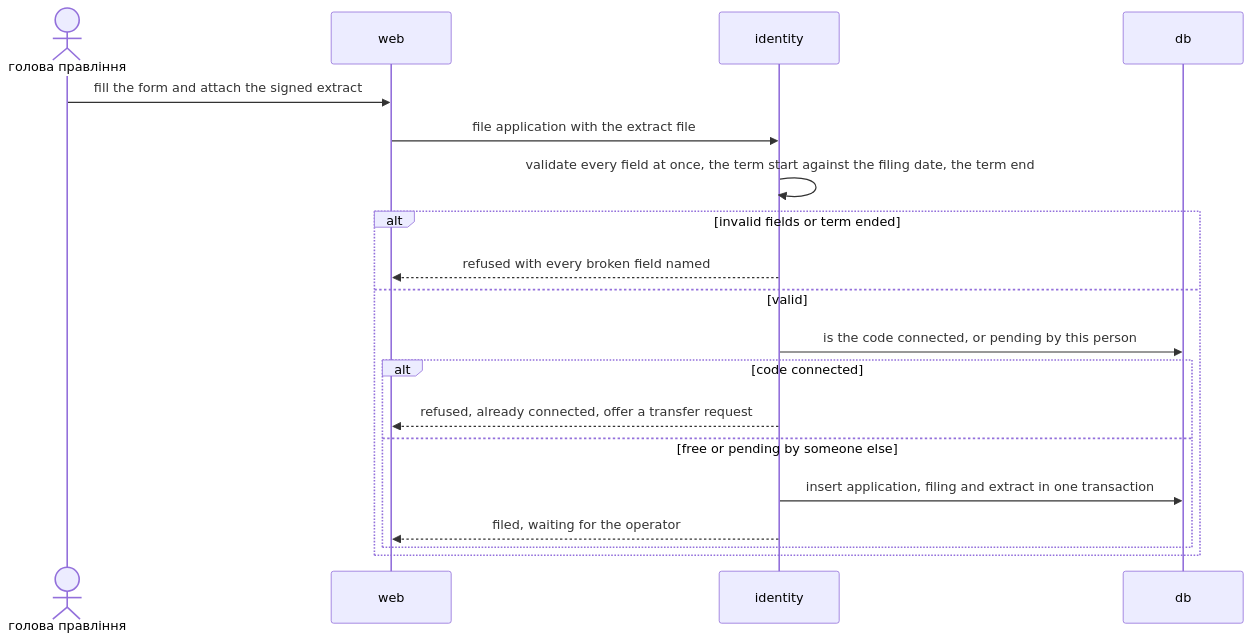
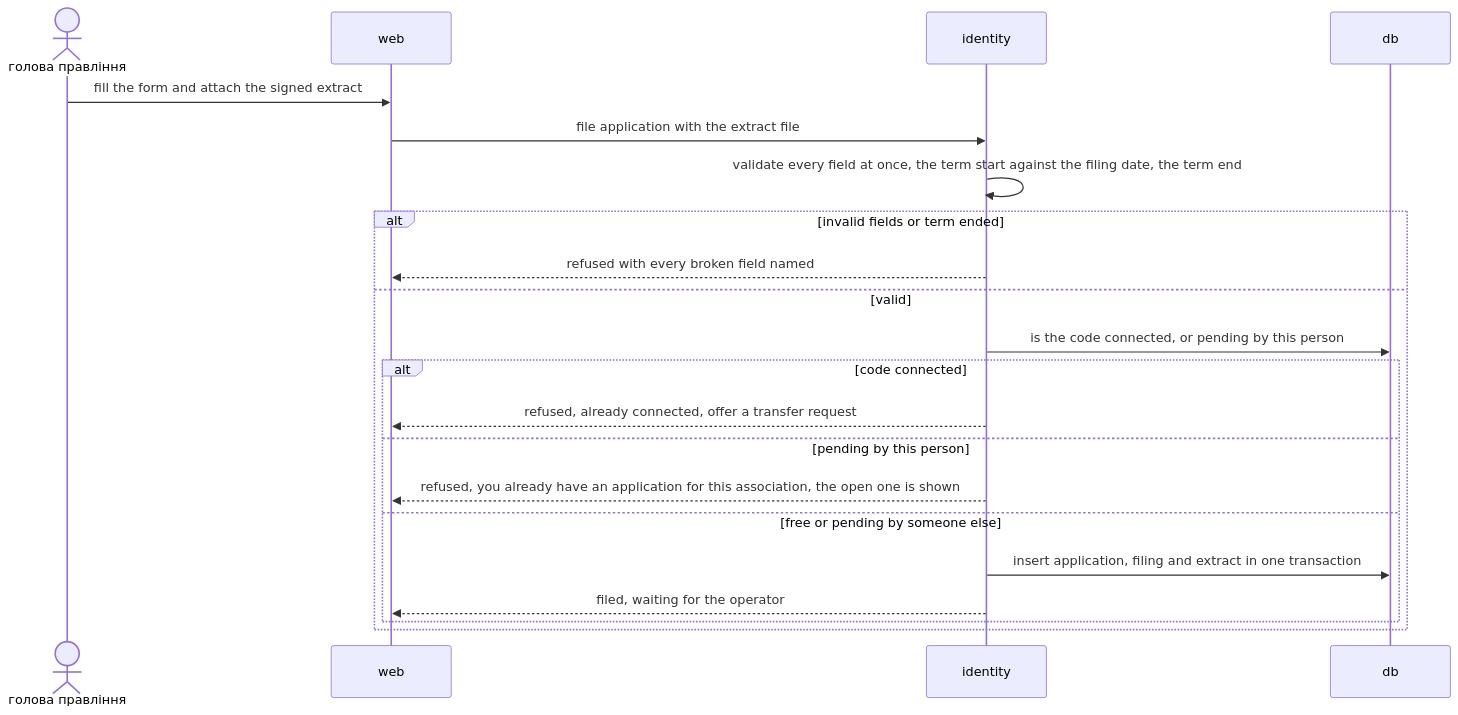
The third of 14 diagrams in docs/features/association-onboarding/sad.md (AndriiOpryshko/spilno), drawn with Mermaid before and after one commit. The commit also changed other lines of this file and 2 other files, not shown here.

````diff
--- a/docs/features/association-onboarding/sad.md
+++ b/docs/features/association-onboarding/sad.md
@@ -182,21 +182,23 @@
 ```mermaid
 sequenceDiagram
     actor H as голова правління
     participant W as web
     participant I as identity
     participant D as db
     H->>W: fill the form and attach the signed extract
     W->>I: file application with the extract file
     I->>I: validate every field at once, the term start against the filing date, the term end
     alt invalid fields or term ended
         I-->>W: refused with every broken field named
     else valid
         I->>D: is the code connected, or pending by this person
         alt code connected
             I-->>W: refused, already connected, offer a transfer request
+        else pending by this person
+            I-->>W: refused, you already have an application for this association, the open one is shown
         else free or pending by someone else
             I->>D: insert application, filing and extract in one transaction
             I-->>W: filed, waiting for the operator
         end
     end
 ```
````
